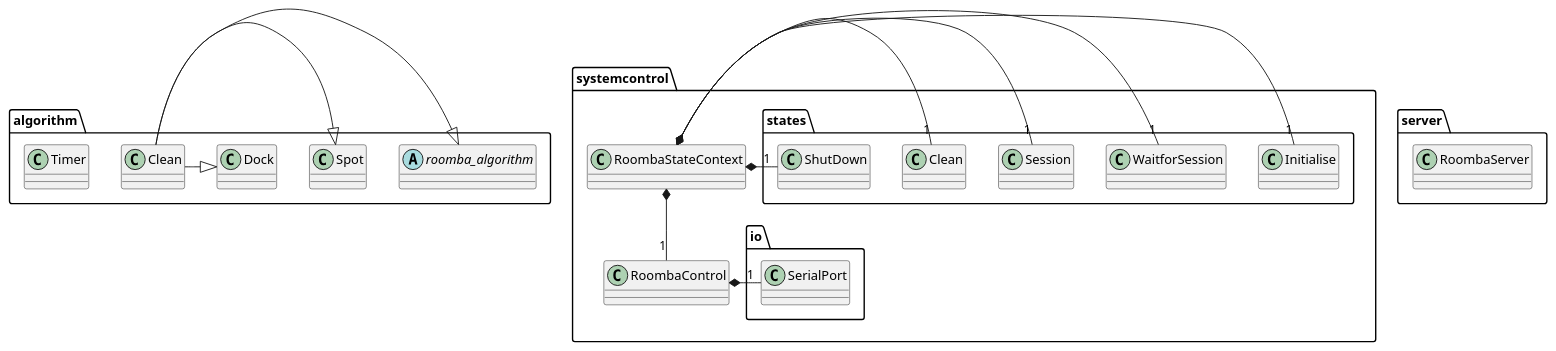
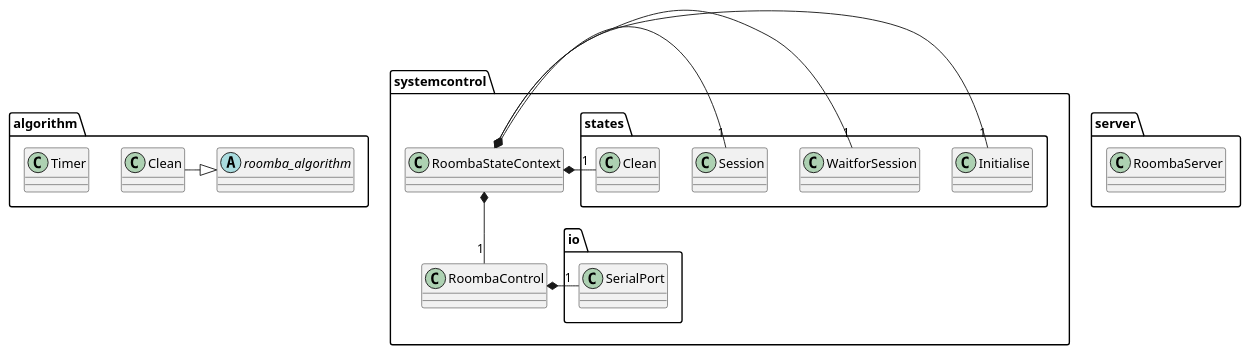
Before and after one commit to VvWijhe/Cleanify: the diagram in UML/RoombacontrollerClassSimplified.puml, drawn with PlantUML.

```diff
--- a/UML/RoombacontrollerClassSimplified.puml
+++ b/UML/RoombacontrollerClassSimplified.puml
@@ -1,31 +1,26 @@
 @startuml
 namespace algorithm{
     class Timer
     abstract class roomba_algorithm
     class Clean
-    class Spot
-    class Dock
 
     Clean -|> roomba_algorithm
-    Clean -|> Spot
-    Clean -|> Dock
 }
 
 namespace systemcontrol{
     class RoombaControl
     class RoombaStateContext
 
     RoombaStateContext *--"1" RoombaControl
     RoombaStateContext *-"1" states.Initialise
     RoombaStateContext *-"1" states.WaitforSession
     RoombaStateContext *-"1" states.Session
     RoombaStateContext *-"1" states.Clean
-    RoombaStateContext *-"1" states.ShutDown
 
     RoombaControl *-"1" io.SerialPort
 }
 
 namespace server{
     class RoombaServer
 }
 @enduml
```
